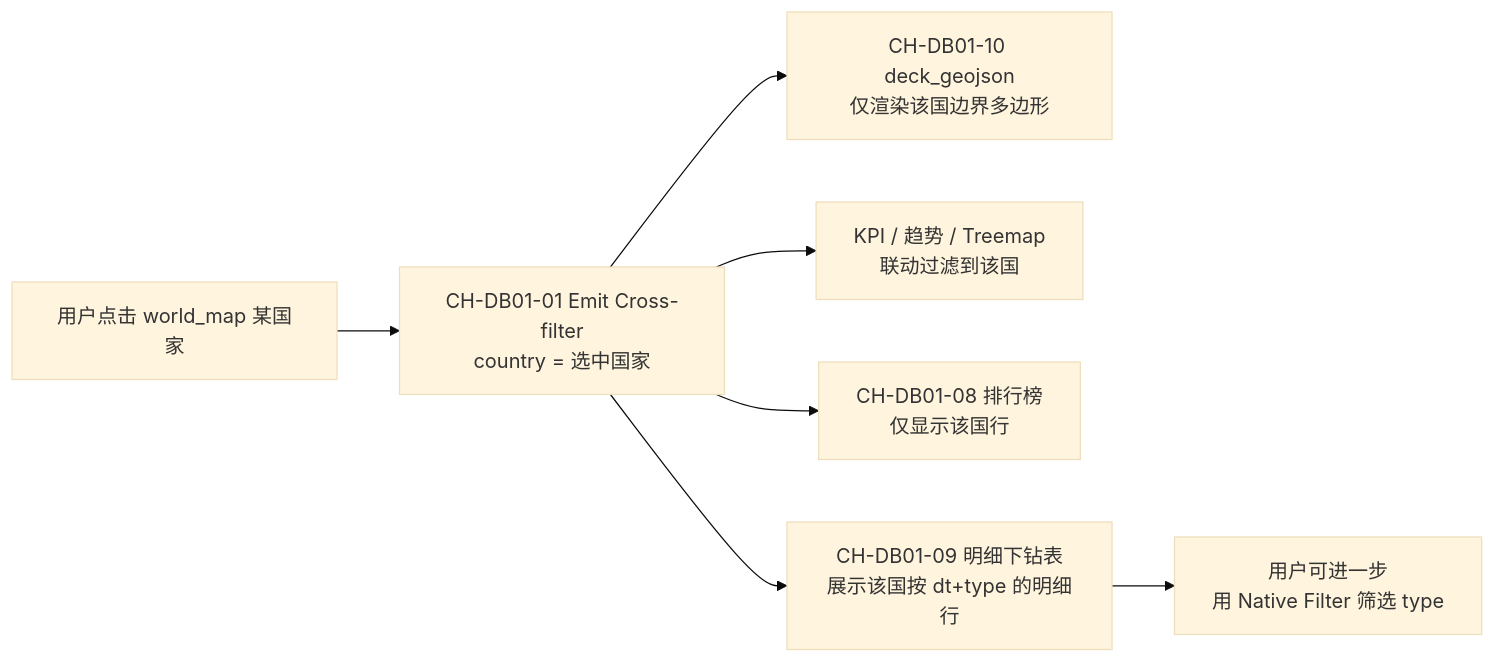
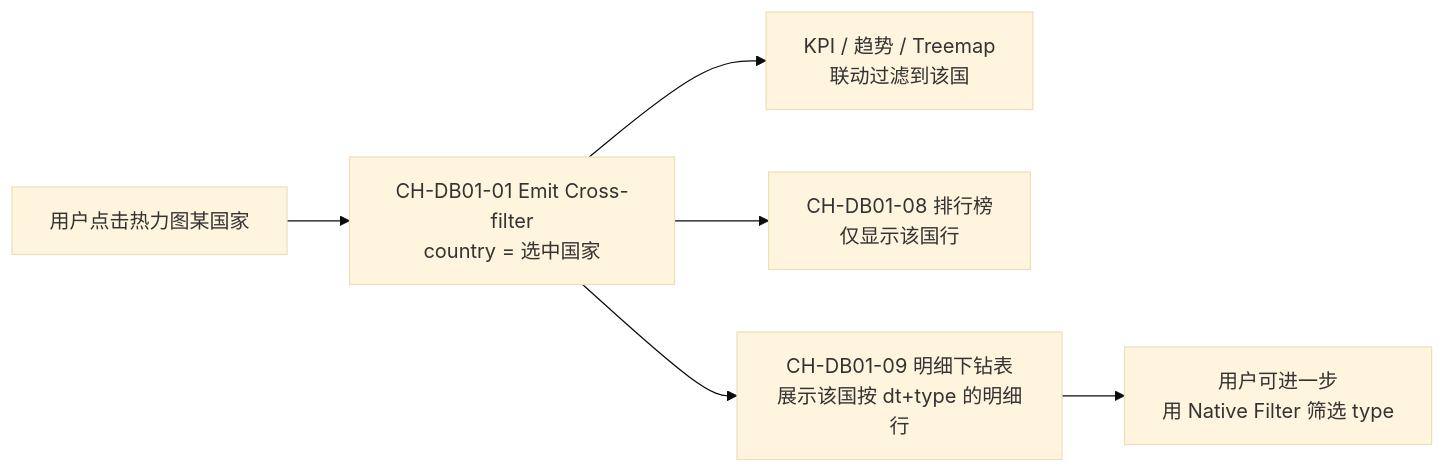
The fourth of 4 diagrams in docs/dev/BI展示技术方案.md (singer-cheng/superset), drawn with Mermaid (base theme) before and after one commit. The commit also changed other lines of this file and 12 other files, not shown here.

````diff
--- a/docs/dev/BI展示技术方案.md
+++ b/docs/dev/BI展示技术方案.md
@@ -741,9 +732,8 @@
 ```mermaid
 flowchart LR
-  A[用户点击 world_map 某国家] --> B[CH-DB01-01 Emit Cross-filter<br/>country = 选中国家]
-  B --> C[CH-DB01-10 deck_geojson<br/>仅渲染该国边界多边形]
-  B --> D[KPI / 趋势 / Treemap<br/>联动过滤到该国]
-  B --> E[CH-DB01-08 排行榜<br/>仅显示该国行]
-  B --> F[CH-DB01-09 明细下钻表<br/>展示该国按 dt+type 的明细行]
-  F --> G[用户可进一步<br/>用 Native Filter 筛选 type]
+  A[用户点击热力图某国家] --> B[CH-DB01-01 Emit Cross-filter<br/>country = 选中国家]
+  B --> C[KPI / 趋势 / Treemap<br/>联动过滤到该国]
+  B --> D[CH-DB01-08 排行榜<br/>仅显示该国行]
+  B --> E[CH-DB01-09 明细下钻表<br/>展示该国按 dt+type 的明细行]
+  E --> F[用户可进一步<br/>用 Native Filter 筛选 type]
 ```
````
